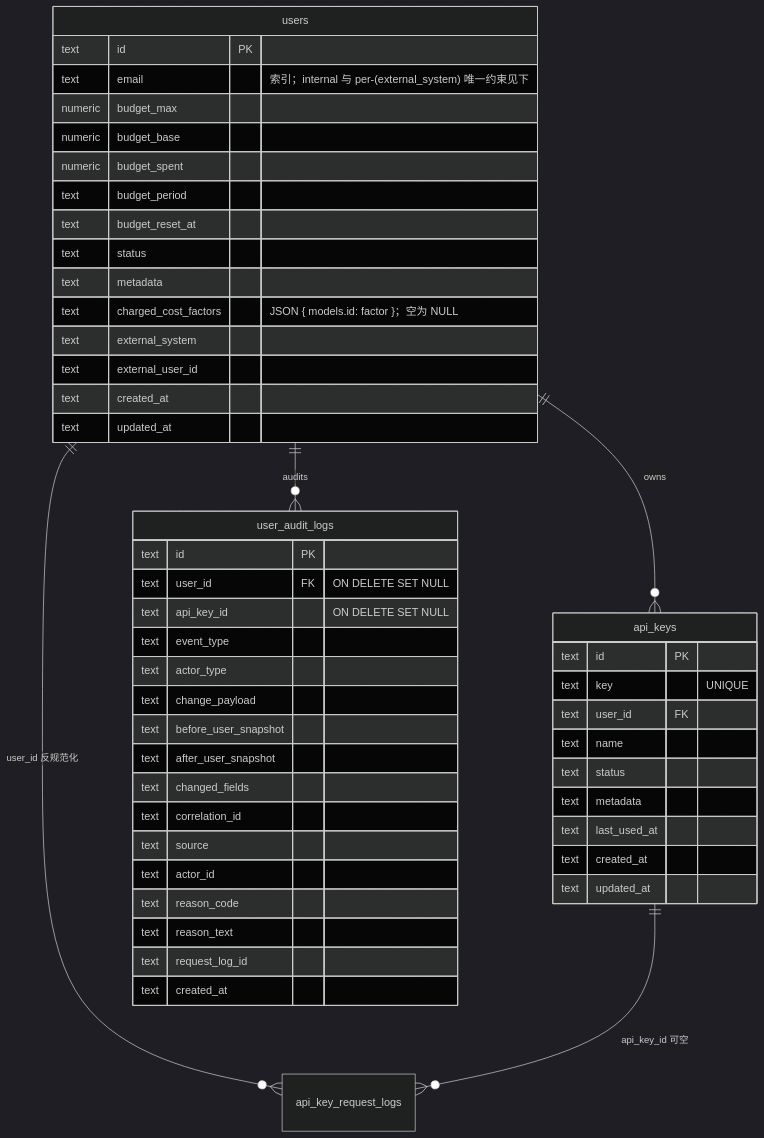
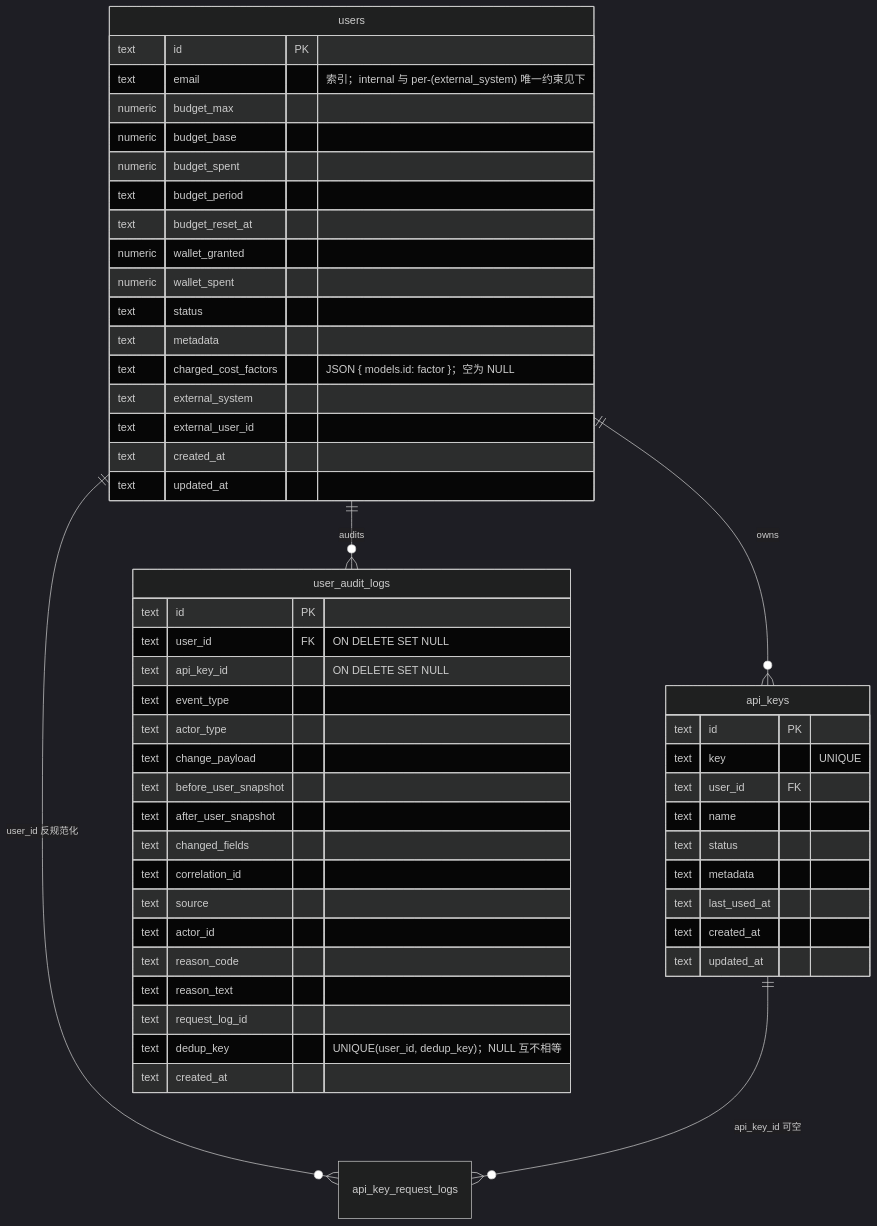
Before and after one commit to OctaFuse/octafuse-gateway: the diagram in docs/developers/architecture/user-keys-data-model.md, drawn with Mermaid (dark theme). The commit also changed other lines of this file and 81 other files, not shown here.

First line of the commit message:
feat(admin): introduce wallet management features and enhance user analytics

````diff
--- a/docs/developers/architecture/user-keys-data-model.md
+++ b/docs/developers/architecture/user-keys-data-model.md
@@ -7,55 +7,58 @@
 ```mermaid
 erDiagram
     users ||--o{ api_keys : owns
     users ||--o{ user_audit_logs : audits
     users ||--o{ api_key_request_logs : "user_id 反规范化"
     api_keys ||--o{ api_key_request_logs : "api_key_id 可空"
 
     users {
         text id PK
         text email "索引；internal 与 per-(external_system) 唯一约束见下"
         numeric budget_max
         numeric budget_base
         numeric budget_spent
         text budget_period
         text budget_reset_at
+        numeric wallet_granted
+        numeric wallet_spent
         text status
         text metadata
         text charged_cost_factors "JSON { models.id: factor }；空为 NULL"
         text external_system
         text external_user_id
         text created_at
         text updated_at
     }
 
     api_keys {
         text id PK
         text key "UNIQUE"
         text user_id FK
         text name
         text status
         text metadata
         text last_used_at
         text created_at
         text updated_at
     }
 
     user_audit_logs {
         text id PK
         text user_id FK "ON DELETE SET NULL"
         text api_key_id "ON DELETE SET NULL"
         text event_type
         text actor_type
         text change_payload
         text before_user_snapshot
         text after_user_snapshot
         text changed_fields
         text correlation_id
         text source
         text actor_id
         text reason_code
         text reason_text
         text request_log_id
+        text dedup_key "UNIQUE(user_id, dedup_key)；NULL 互不相等"
         text created_at
     }
 ```
````
